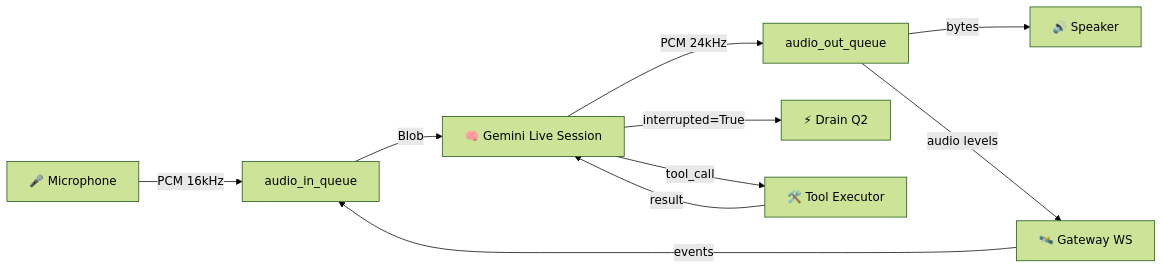
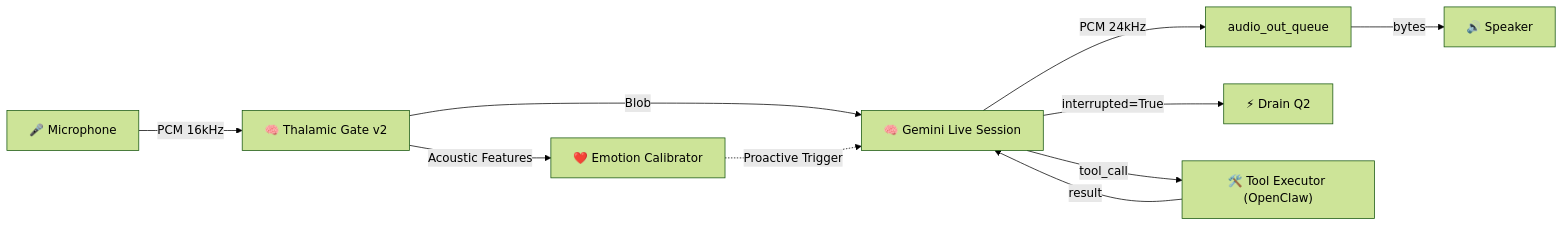
One commit to Moeabdelaziz007/Aether-Voice-OS changed the diagram in README.md. Above: the diagram before and after it, drawn with Mermaid (forest theme). The commit also changed other lines of this file and 26 other files, not shown here.

````diff
--- a/README.md
+++ b/README.md
@@ -68,12 +179,12 @@
 ```mermaid
 graph LR
-    MIC["🎤 Microphone"] -->|"PCM 16kHz"| Q1["audio_in_queue"]
-    Q1 -->|"Blob"| GEMINI["🧠 Gemini Live Session"]
+    MIC["🎤 Microphone"] -->|"PCM 16kHz"| THALAMUS["🧠 Thalamic Gate v2"]
+    THALAMUS -->|"Acoustic Features"| EMOTION["❤️ Emotion Calibrator"]
+    THALAMUS -->|"Blob"| GEMINI["🧠 Gemini Live Session"]
+    EMOTION -.->|"Proactive Trigger"| GEMINI
     GEMINI -->|"PCM 24kHz"| Q2["audio_out_queue"]
     Q2 -->|"bytes"| SPK["🔊 Speaker"]
     GEMINI -->|"interrupted=True"| DRAIN["⚡ Drain Q2"]
-    GEMINI -->|"tool_call"| TOOLS["🛠️ Tool Executor"]
+    GEMINI -->|"tool_call"| TOOLS["🛠️ Tool Executor (OpenClaw)"]
     TOOLS -->|"result"| GEMINI
-    GW["🛰️ Gateway WS"] -->|"events"| Q1
-    Q2 -->|"audio levels"| GW
 ```
````
